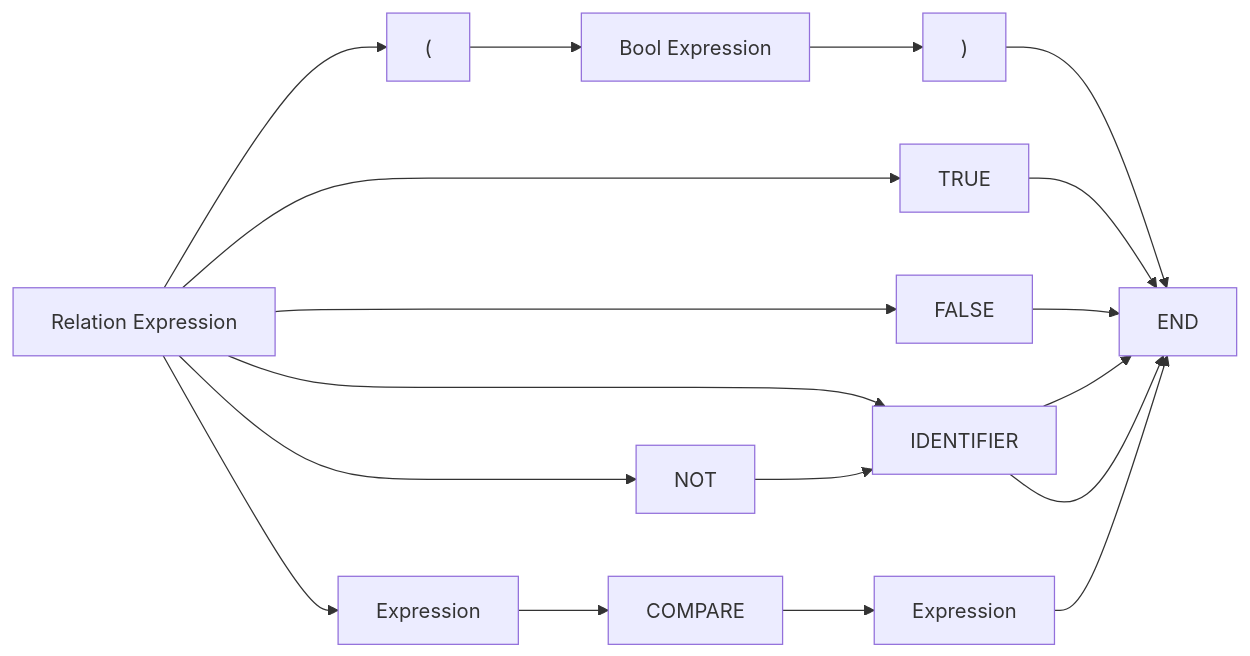
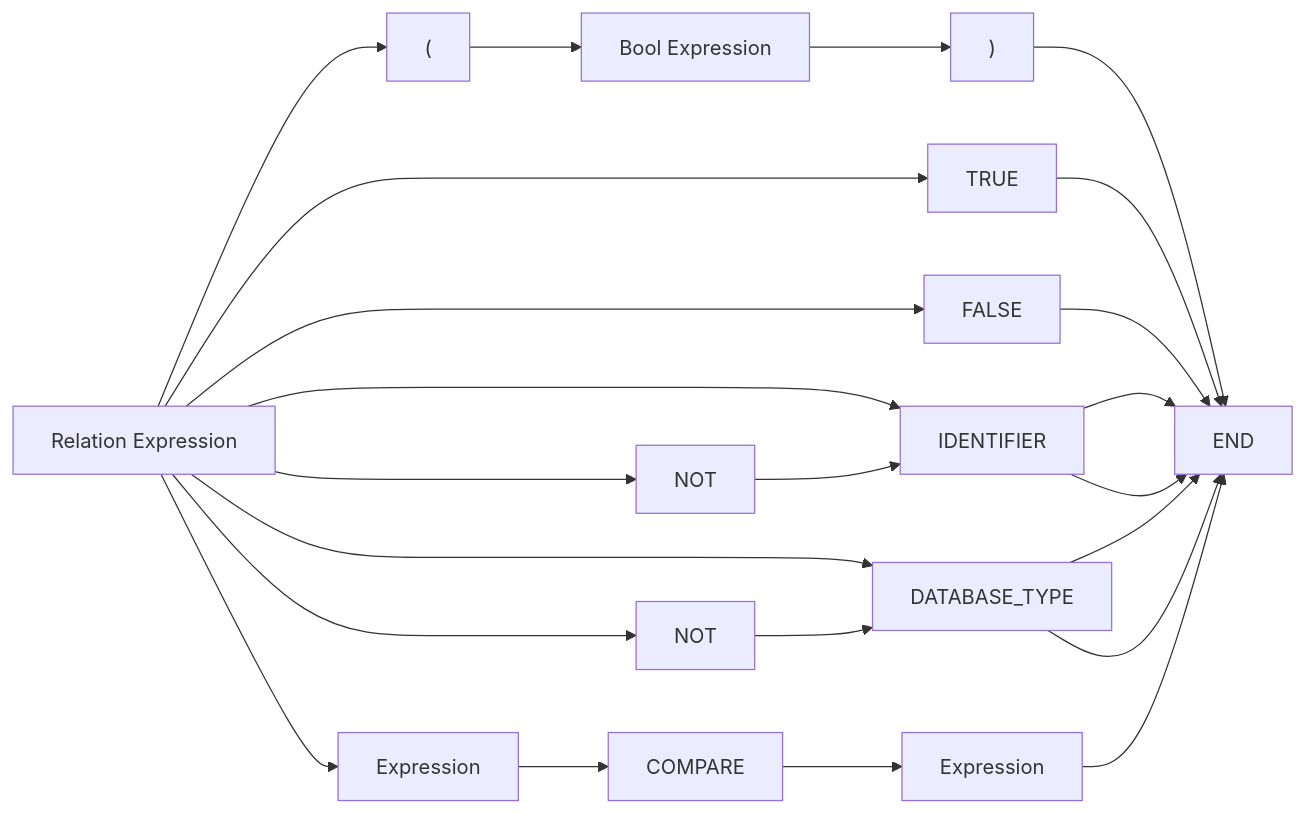
One commit to StephenHassall/sql-tools changed the second of 5 diagrams in sql-template-condition.md. Above: the diagram before and after it, drawn with Mermaid. The commit also changed other lines of this file and 25 other files, not shown here.

Commit message:
Adding MS SQL Server support. Adding database testing. Added database type condition.

````diff
--- a/sql-template-condition.md
+++ b/sql-template-condition.md
@@ -56,9 +57,11 @@
 ```mermaid
 flowchart LR;
     RE[Relation Expression] --> OB["("] --> BE[Bool Expression] --> CB[")"] --> END
     RE[Relation Expression] --> TRUE --> END
     RE[Relation Expression] --> FALSE --> END
     RE[Relation Expression] --> IDENTIFIER --> END
-    RE[Relation Expression] --> NOT --> IDENTIFIER --> END
+    RE[Relation Expression] --> NOT1["NOT"] --> IDENTIFIER --> END
+    RE[Relation Expression] --> DATABASE_TYPE --> END
+    RE[Relation Expression] --> NOT2["NOT"] --> DATABASE_TYPE --> END
     RE[Relation Expression] --> E1[Expression] --> COMPARE --> E2[Expression] --> END
 ```
````
